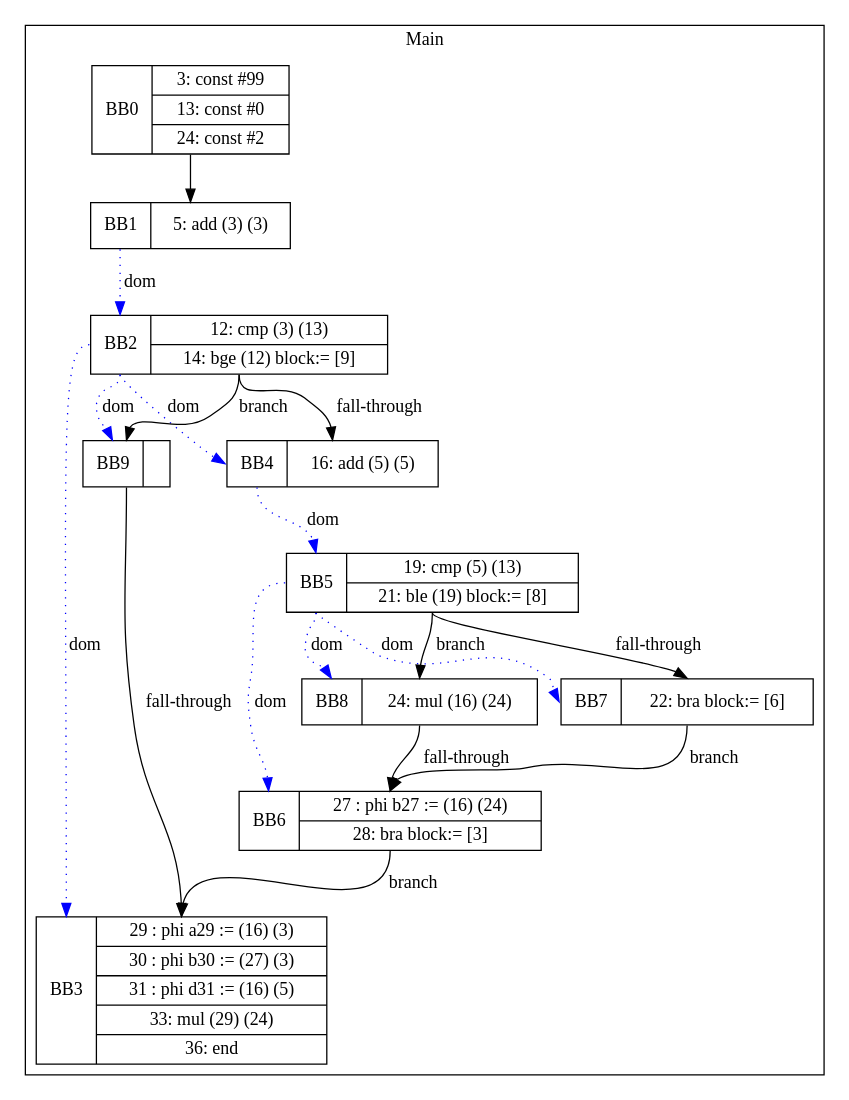
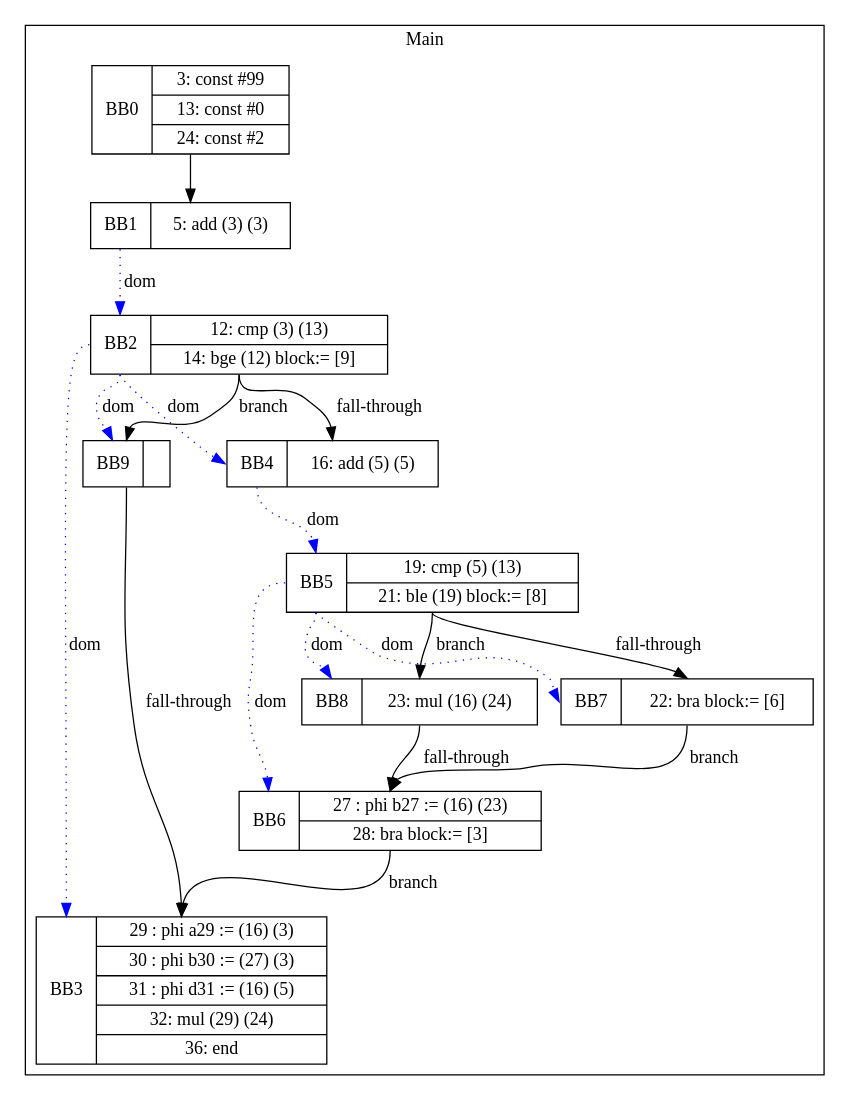
The diagram in visualization/phillip/simple/nestedIfs.gv (zjc664656505/UCI-CS241-Advanced-Compiler-main), drawn with Graphviz before and after one commit. The commit also changed 13 other files, not shown here.

```diff
--- a/visualization/phillip/simple/nestedIfs.gv
+++ b/visualization/phillip/simple/nestedIfs.gv
@@ -1,33 +1,33 @@
 digraph G {
 node [shape=record];
 subgraph cluster_main{
 label = "Main";
 BB0 [shape=record, label="<b>BB0|{3: const #99|13: const #0|24: const #2}"];
 BB1 [shape=record, label="<b>BB1|{5: add (3) (3)}"];
 BB2 [shape=record, label="<b>BB2|{12: cmp (3) (13)|14: bge (12) block:= [9]}"];
-BB3 [shape=record, label="<b>BB3|{29 : phi a29 := (16) (3)|30 : phi b30 := (27) (3)|31 : phi d31 := (16) (5)|33: mul (29) (24)|36: end}"];
+BB3 [shape=record, label="<b>BB3|{29 : phi a29 := (16) (3)|30 : phi b30 := (27) (3)|31 : phi d31 := (16) (5)|32: mul (29) (24)|36: end}"];
 BB4 [shape=record, label="<b>BB4|{16: add (5) (5)}"];
 BB5 [shape=record, label="<b>BB5|{19: cmp (5) (13)|21: ble (19) block:= [8]}"];
-BB6 [shape=record, label="<b>BB6|{27 : phi b27 := (16) (24)|28: bra block:= [3]}"];
+BB6 [shape=record, label="<b>BB6|{27 : phi b27 := (16) (23)|28: bra block:= [3]}"];
 BB7 [shape=record, label="<b>BB7|{22: bra block:= [6]}"];
-BB8 [shape=record, label="<b>BB8|{24: mul (16) (24)}"];
+BB8 [shape=record, label="<b>BB8|{23: mul (16) (24)}"];
 BB9 [shape=record, label="<b>BB9|}"];
 }
 BB0:s -> BB1:n ;
 BB2:b -> BB4:b [color=blue, style=dotted, label="dom"];
 BB1:b -> BB2:b [color=blue, style=dotted, label="dom"];
 BB5:b -> BB8:b [color=blue, style=dotted, label="dom"];
 BB5:b -> BB7:b [color=blue, style=dotted, label="dom"];
 BB2:b -> BB3:b [color=blue, style=dotted, label="dom"];
 BB2:b -> BB9:b [color=blue, style=dotted, label="dom"];
 BB4:b -> BB5:b [color=blue, style=dotted, label="dom"];
 BB5:b -> BB6:b [color=blue, style=dotted, label="dom"];
 BB2:s -> BB9:n [label="branch"];
 BB6:s -> BB3:n [label="branch"];
 BB7:s -> BB6:n [label="branch"];
 BB5:s -> BB8:n [label="branch"];
 BB2:s -> BB4:n [label="fall-through"];
 BB5:s -> BB7:n [label="fall-through"];
 BB9:s -> BB3:n [label="fall-through"];
 BB8:s -> BB6:n [label="fall-through"];
 }
```
